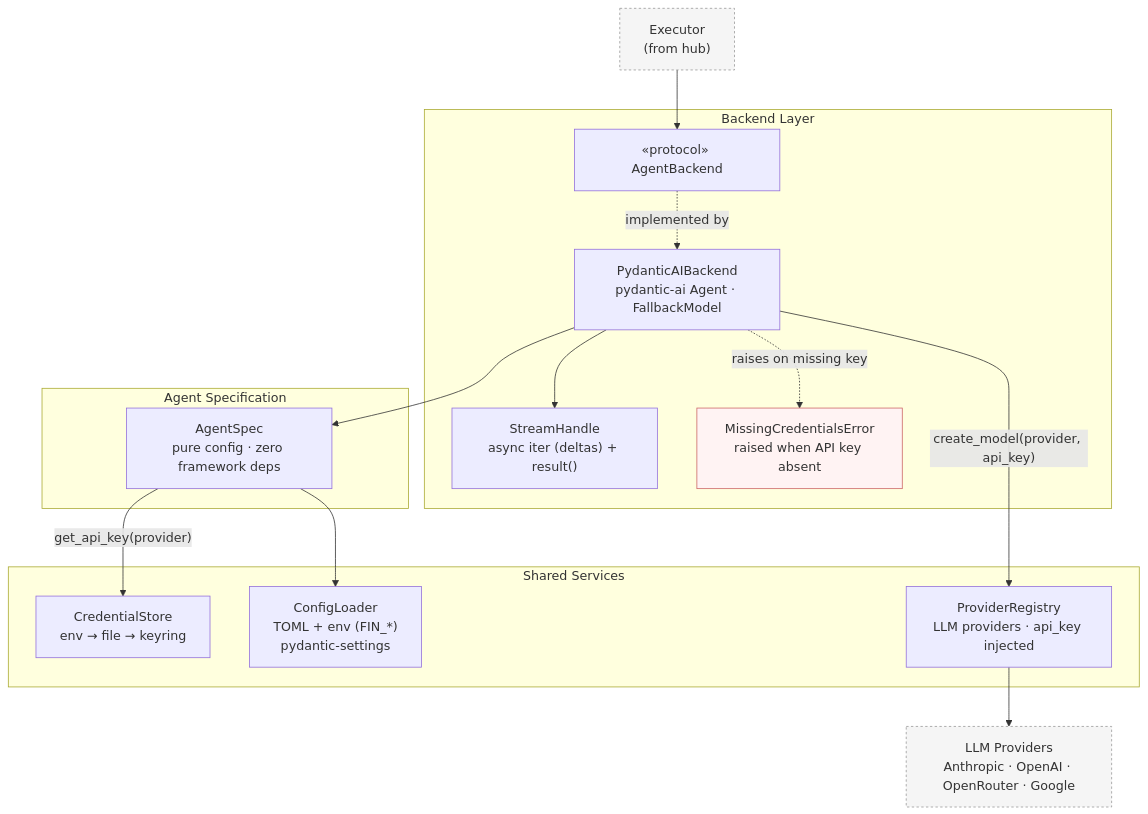
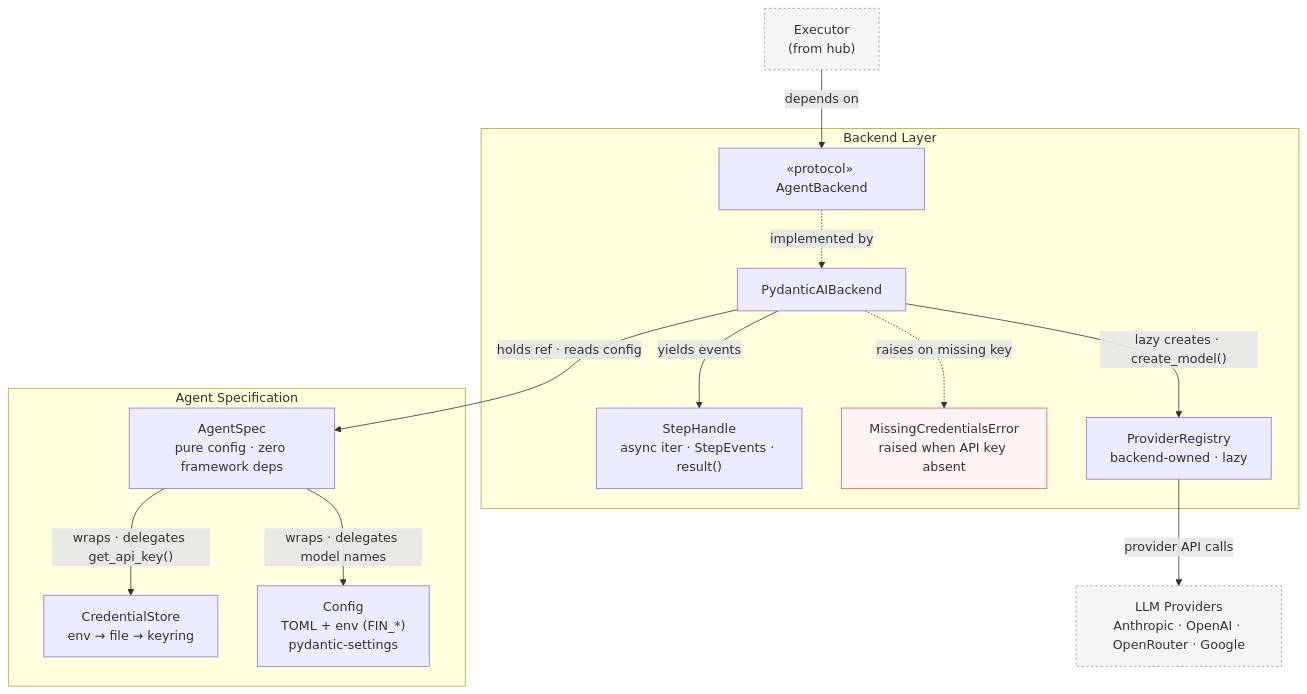
One commit to ColeB1722/fin-assist changed the second of 3 diagrams in docs/architecture.md. Above: the diagram before and after it, drawn with Mermaid. The commit also changed other lines of this file, not shown here.

Commit message:
diagramming update

````diff
--- a/docs/architecture.md
+++ b/docs/architecture.md
@@ -129,38 +133,35 @@
 ```mermaid
 graph TD
     EXEC["Executor<br/>(from hub)"]
 
     subgraph BACKEND_GRP["Backend Layer"]
         BEH["«protocol» AgentBackend"]
-        PAI["PydanticAIBackend<br/>pydantic-ai Agent · FallbackModel"]
-        SH["StreamHandle<br/>async iter (deltas) + result()"]
+        PAI["PydanticAIBackend"]
+        SH["StepHandle<br/>async iter · StepEvents · result()"]
         MCE["MissingCredentialsError<br/>raised when API key absent"]
+        REG["ProviderRegistry<br/>backend-owned · lazy"]
     end
 
     subgraph SPEC_GRP["Agent Specification"]
         SPEC["AgentSpec<br/>pure config · zero framework deps"]
-    end
-
-    subgraph SHARED["Shared Services"]
         CREDS["CredentialStore<br/>env → file → keyring"]
-        CONFIG["ConfigLoader<br/>TOML + env (FIN_*)<br/>pydantic-settings"]
-        REG["ProviderRegistry<br/>LLM providers · api_key injected"]
+        CONFIG["Config<br/>TOML + env (FIN_*)<br/>pydantic-settings"]
     end
 
     LLM["LLM Providers<br/>Anthropic · OpenAI · OpenRouter · Google"]
 
-    EXEC --> BEH
+    EXEC -->|"depends on"| BEH
     BEH -.->|"implemented by"| PAI
-    PAI --> SH
-    PAI -->|"create_model(provider, api_key)"| REG
-    REG --> LLM
-    PAI --> SPEC
+    PAI -->|"yields events"| SH
+    PAI -->|"holds ref · reads config"| SPEC
+    PAI -->|"lazy creates · create_model()"| REG
     PAI -.->|"raises on missing key"| MCE
-    SPEC -->|"get_api_key(provider)"| CREDS
-    SPEC --> CONFIG
+    REG -->|"provider API calls"| LLM
+    SPEC -->|"wraps · delegates get_api_key()"| CREDS
+    SPEC -->|"wraps · delegates model names"| CONFIG
 
     classDef external fill:#f5f5f5,stroke:#999,stroke-dasharray: 3 3
     class EXEC,LLM external
     classDef error fill:#fff3f3,stroke:#c66
     class MCE error
 ```
````
